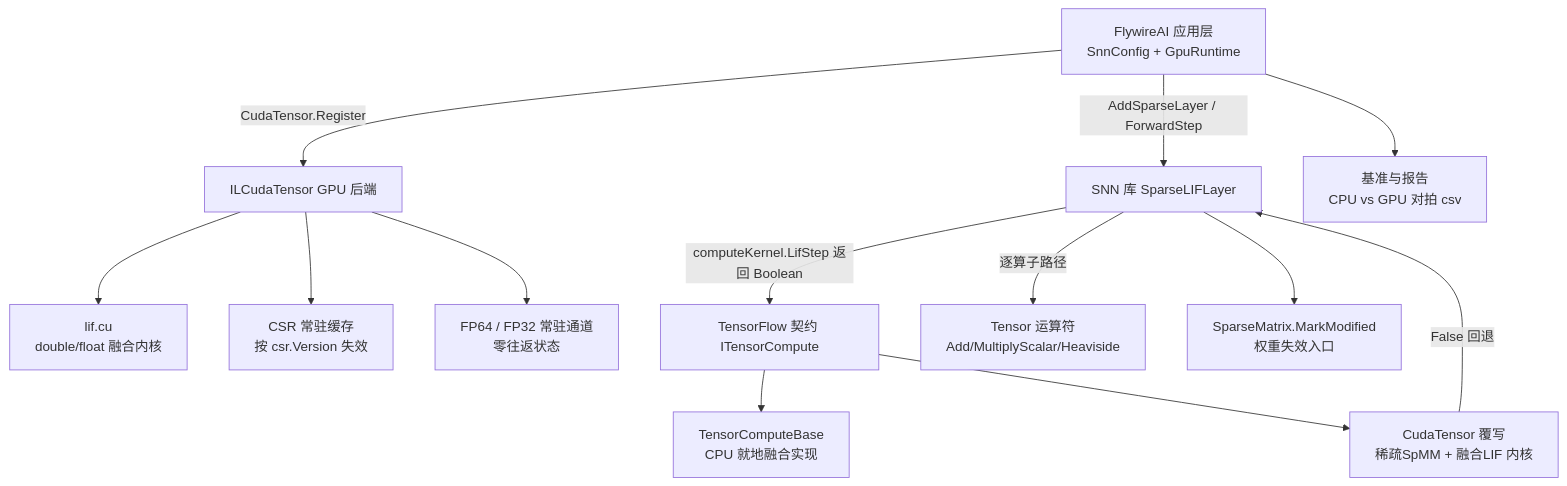
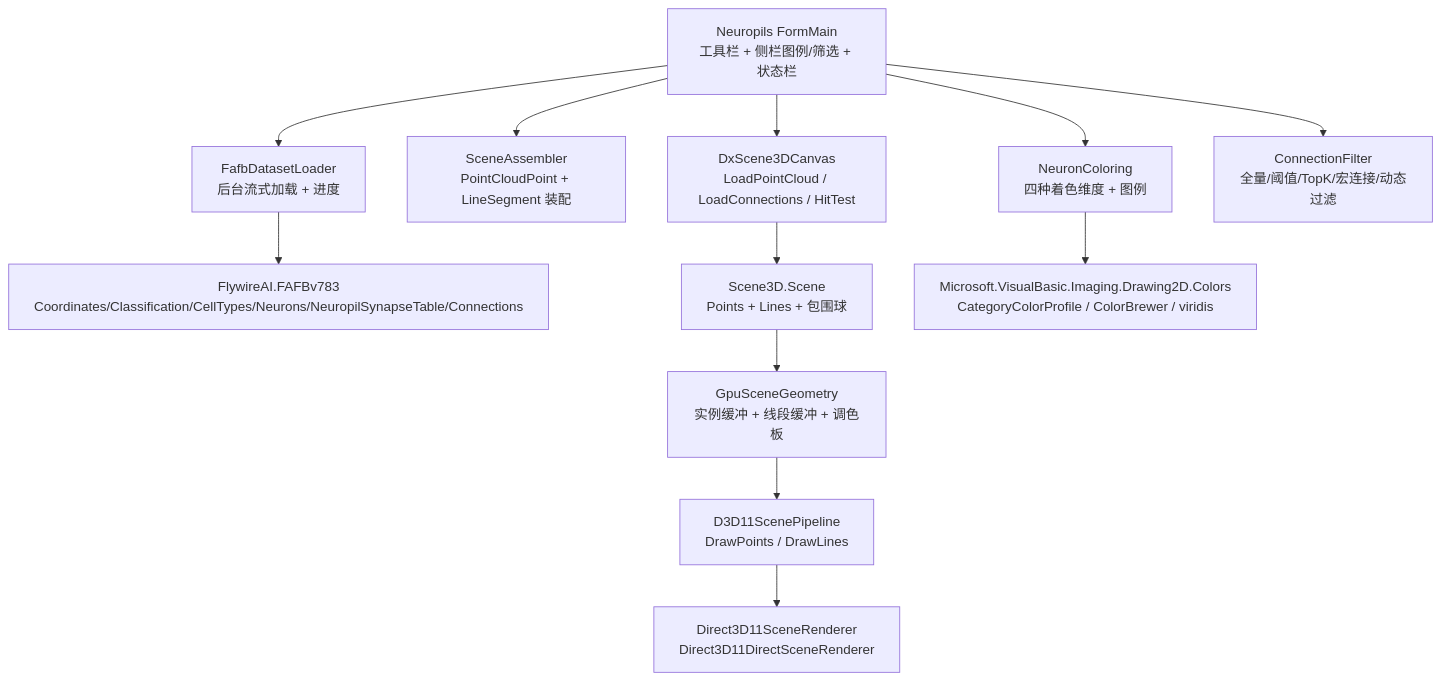
Before and after one commit to xieguigang/flywire: the diagram in .codebuddy/plans/snn-gpu-acceleration_959979a8.md, drawn with Mermaid. The commit also changed other lines of this file, not shown here.

````diff
--- a/.codebuddy/plans/snn-gpu-acceleration_959979a8.md
+++ b/.codebuddy/plans/snn-gpu-acceleration_959979a8.md
@@ -139,15 +81,14 @@
 ```mermaid
 graph TD
-    A[FlywireAI 应用层<br/>SnnConfig + GpuRuntime] -->|CudaTensor.Register| B[ILCudaTensor GPU 后端]
-    A -->|AddSparseLayer / ForwardStep| C[SNN 库 SparseLIFLayer]
-    C -->|computeKernel.LifStep 返回 Boolean| D[TensorFlow 契约 ITensorCompute]
-    D --> E[TensorComputeBase<br/>CPU 就地融合实现]
-    D --> F[CudaTensor 覆写<br/>稀疏SpMM + 融合LIF 内核]
-    B --> G[lif.cu<br/>double/float 融合内核]
-    B --> H[CSR 常驻缓存<br/>按 csr.Version 失效]
-    B --> I[FP64 / FP32 常驻通道<br/>零往返状态]
-    F -->|False 回退| C
-    C -->|逐算子路径| J[Tensor 运算符<br/>Add/MultiplyScalar/Heaviside]
-    C --> K[SparseMatrix.MarkModified<br/>权重失效入口]
-    A --> L[基准与报告<br/>CPU vs GPU 对拍 csv]
+    A[Neuropils FormMain<br/>工具栏 + 侧栏图例/筛选 + 状态栏] --> B[DxScene3DCanvas<br/>LoadPointCloud / LoadConnections / HitTest]
+    A --> C[SceneAssembler<br/>PointCloudPoint + LineSegment 装配]
+    A --> D[FafbDatasetLoader<br/>后台流式加载 + 进度]
+    A --> E[NeuronColoring<br/>四种着色维度 + 图例]
+    A --> F[ConnectionFilter<br/>全量/阈值/TopK/宏连接/动态过滤]
+    D --> G[FlywireAI.FAFBv783<br/>Coordinates/Classification/CellTypes/Neurons/NeuropilSynapseTable/Connections]
+    B --> H[Scene3D.Scene<br/>Points + Lines + 包围球]
+    H --> I[GpuSceneGeometry<br/>实例缓冲 + 线段缓冲 + 调色板]
+    I --> J[D3D11ScenePipeline<br/>DrawPoints / DrawLines]
+    J --> K[Direct3D11SceneRenderer<br/>Direct3D11DirectSceneRenderer]
+    E --> L[Microsoft.VisualBasic.Imaging.Drawing2D.Colors<br/>CategoryColorProfile / ColorBrewer / viridis]
 ```
````
